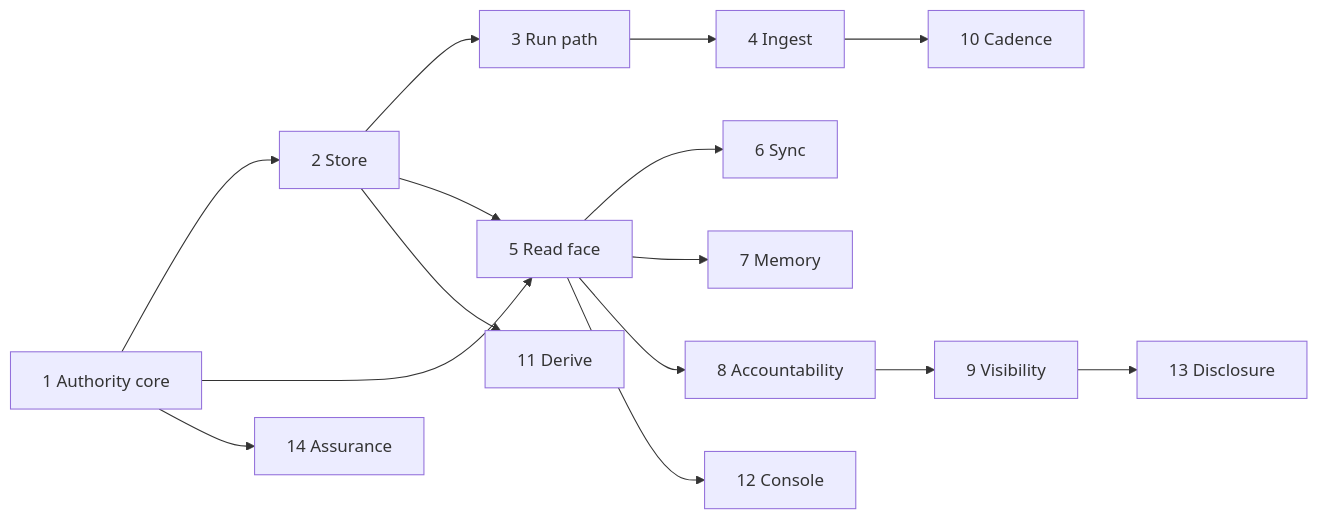
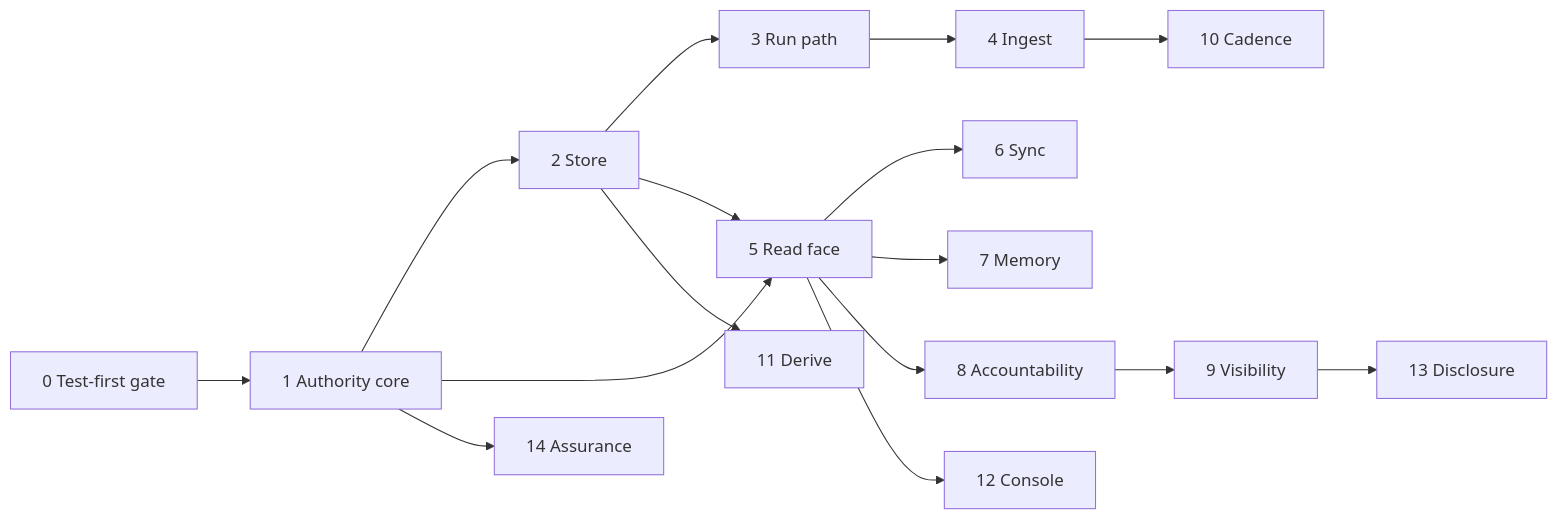
The diagram in spec/roadmap.md (fractalboxdev/contextful), drawn with Mermaid before and after one commit. The commit also changed other lines of this file and 27 other files, not shown here.

First line of the commit message:
gate: test first, acceptance first, each stage a remote check

````diff
--- a/spec/roadmap.md
+++ b/spec/roadmap.md
@@ -7,17 +13,18 @@
 ```mermaid
 flowchart LR
+  Z[0 Test-first gate] --> A
   A[1 Authority core] --> B[2 Store]
   B --> C[3 Run path]
   C --> D[4 Ingest]
   B --> E[5 Read face]
   A --> E
   E --> F[6 Sync]
   E --> G[7 Memory]
   E --> H[8 Accountability]
   H --> I[9 Visibility]
   D --> J[10 Cadence]
   B --> K[11 Derive]
   E --> L[12 Console]
   I --> M[13 Disclosure]
   A --> N[14 Assurance]
 ```
````
